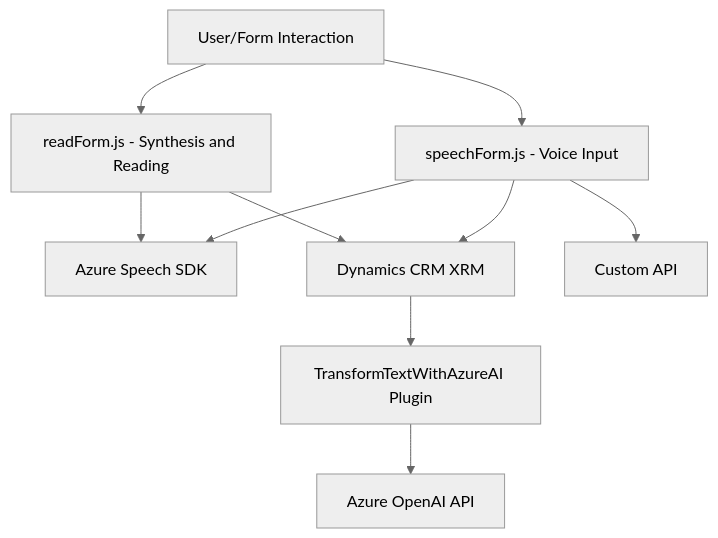
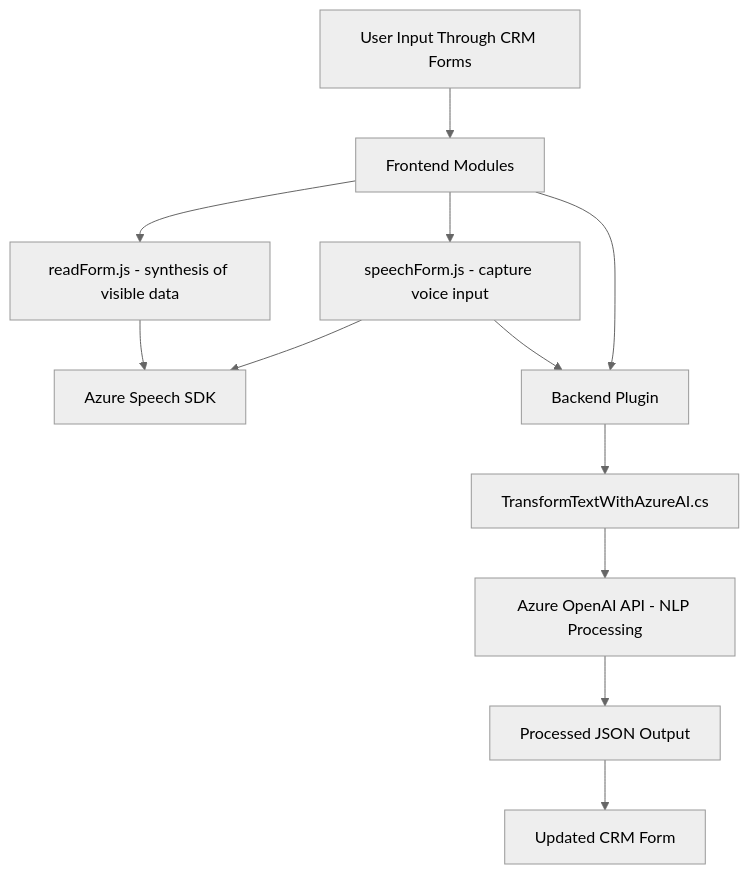
The diagram in README.md (blopezdm/NETCORE_BILBAO2025), drawn with Mermaid (neutral theme) before and after one commit. The commit also changed other lines of this file, not shown here.

````diff
--- a/README.md
+++ b/README.md
@@ -40,21 +34,14 @@
 ```mermaid
 graph TD
-A["User/Form Interaction"]
-B["readForm.js - Synthesis and Reading"]
-C["speechForm.js - Voice Input"]
-D["Azure Speech SDK"]
-E["Dynamics CRM XRM"]
-F["TransformTextWithAzureAI Plugin"]
-G["Azure OpenAI API"]
-H["Custom API"]
-
-A --> B
-B --> D
-A --> C
-C --> D
-C --> H
-B --> E
-C --> E
-E --> F
-F --> G
+    A["User Input Through CRM Forms"] --> B["Frontend Modules"]
+    B["Frontend Modules"] --> C["readForm.js - synthesis of visible data"]
+    B["Frontend Modules"] --> D["speechForm.js - capture voice input"]
+    C --> E["Azure Speech SDK"]
+    D --> E["Azure Speech SDK"]
+    D --> F["Call Backend Plugin"]
+    B --> F["Call Backend Plugin"]
+    F["Backend Plugin"] --> G["TransformTextWithAzureAI.cs"]
+    G --> H["Azure OpenAI API - NLP Processing"]
+    H --> I["Processed JSON Output"]
+    I --> J["Updated CRM Form"]
 ```
````
